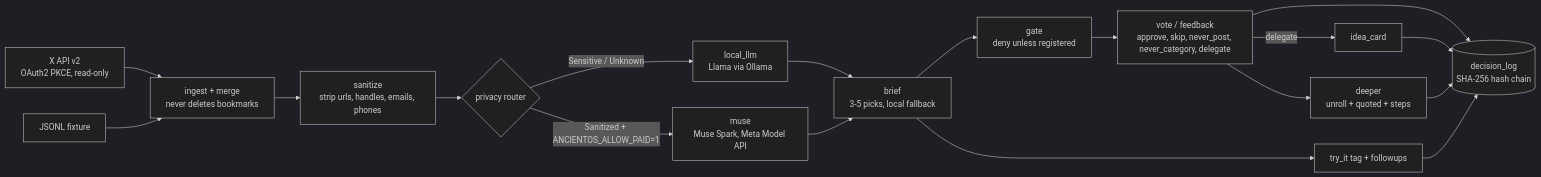
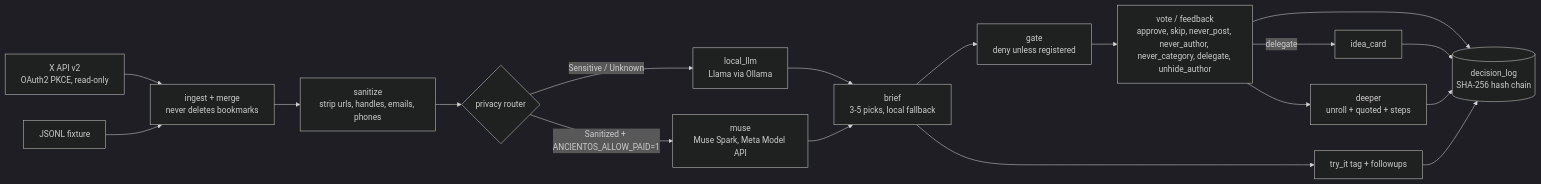
Before and after one commit to nathandavidgreene/ancientos-hackathon: the first of 3 diagrams in docs/architecture.md, drawn with Mermaid (dark theme). The commit also changed other lines of this file and 9 other files, not shown here.

Commit message:
bookmarks: never_author verdict hides an author's posts from brief, web-ui and digest; local, undoable via unhide_author (append-only log); author_filter module; mock tests (built with Muse Code #27)

````diff
--- a/docs/architecture.md
+++ b/docs/architecture.md
@@ -7,20 +7,20 @@
 ```mermaid
 flowchart LR
   X[X API v2<br/>OAuth2 PKCE, read-only] --> ingest[ingest + merge<br/>never deletes bookmarks]
   F[JSONL fixture] --> ingest
   ingest --> sanitize[sanitize<br/>strip urls, handles, emails, phones]
   sanitize --> router{privacy router}
   router -- Sensitive / Unknown --> local[local_llm<br/>Llama via Ollama]
   router -- Sanitized + ANCIENTOS_ALLOW_PAID=1 --> muse[muse<br/>Muse Spark, Meta Model API]
   local --> brief[brief<br/>3-5 picks, local fallback]
   muse --> brief
   brief --> gate[gate<br/>deny unless registered]
-  gate --> vote[vote / feedback<br/>approve, skip, never_post, never_category, delegate]
+  gate --> vote[vote / feedback<br/>approve, skip, never_post, never_author, never_category, delegate, unhide_author]
   vote --> log[(decision_log<br/>SHA-256 hash chain)]
   vote -- delegate --> idea[idea_card]
   vote --> deeper[deeper<br/>unroll + quoted + steps]
   brief --> tryit[try_it tag + followups]
   idea --> log
   deeper --> log
   tryit --> log
 ```
````
